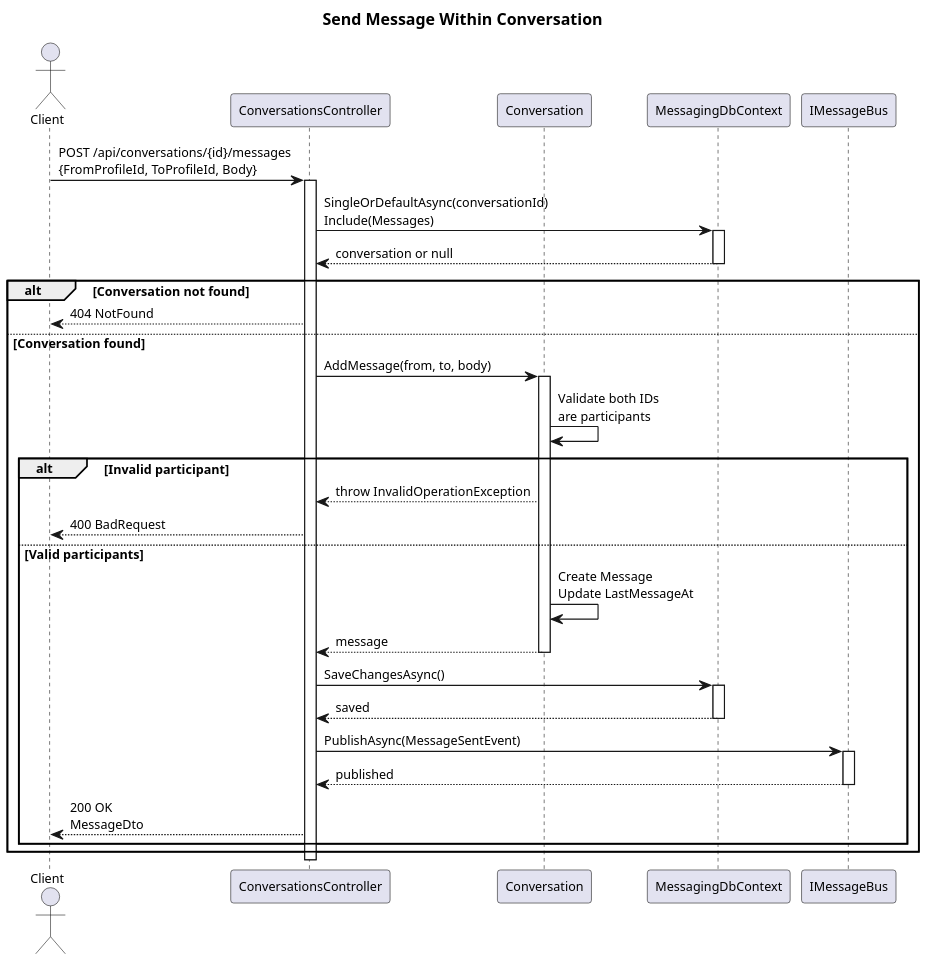
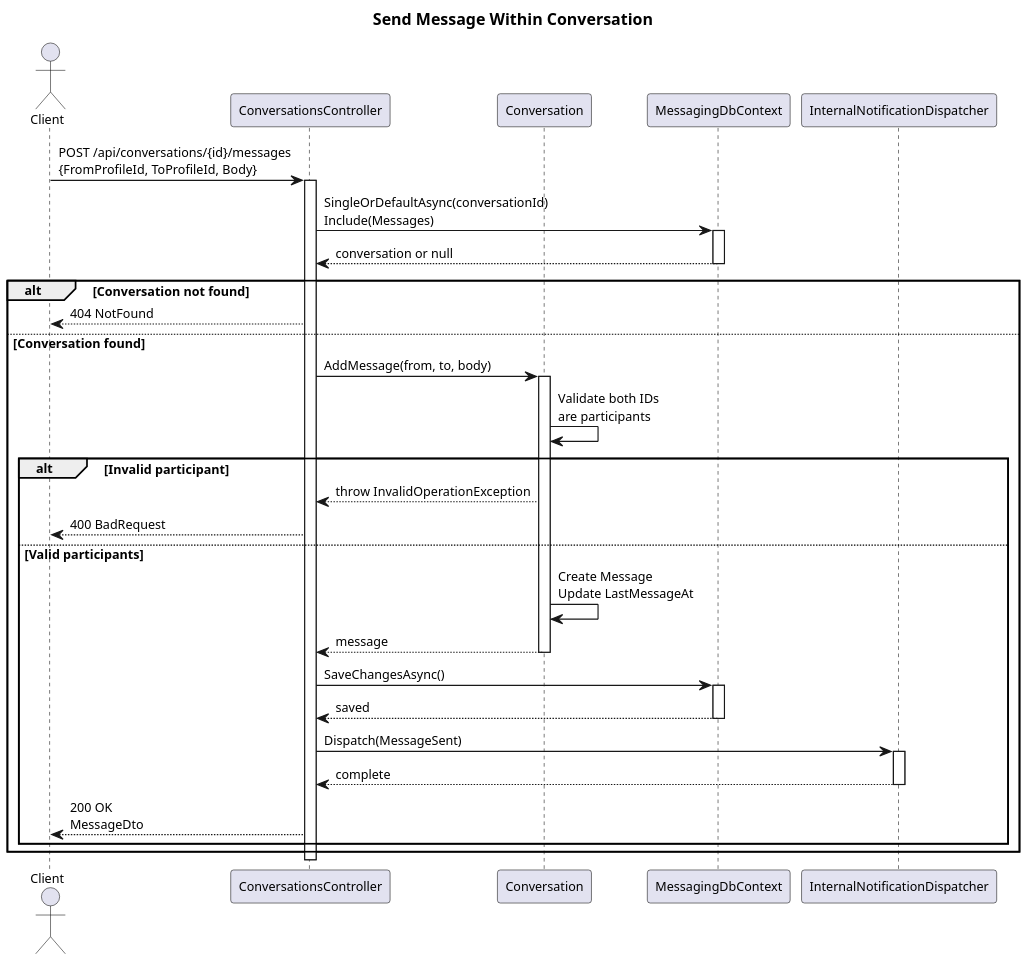
The diagram in docs/detailed-designs/07-messaging-system/sequence-send-message.puml (QuinntyneBrown/Coop), drawn with PlantUML before and after one commit. The commit also changed 10 other files, not shown here.

Commit message:
Update PlantUML diagrams for messaging, onboarding, theme, and API layer

```diff
--- a/docs/detailed-designs/07-messaging-system/sequence-send-message.puml
+++ b/docs/detailed-designs/07-messaging-system/sequence-send-message.puml
@@ -1,51 +1,51 @@
 @startuml sequence-send-message
 skinparam dpi 150
 skinparam defaultFontSize 11
 title Send Message Within Conversation
 
 actor Client
 participant "ConversationsController" as Ctrl
 participant "Conversation" as Conv
 participant "MessagingDbContext" as Db
-participant "IMessageBus" as Bus
+participant "InternalNotificationDispatcher" as Dispatcher
 
 Client -> Ctrl : POST /api/conversations/{id}/messages\n{FromProfileId, ToProfileId, Body}
 activate Ctrl
 
 Ctrl -> Db : SingleOrDefaultAsync(conversationId)\nInclude(Messages)
 activate Db
 Db --> Ctrl : conversation or null
 deactivate Db
 
 alt Conversation not found
   Ctrl --> Client : 404 NotFound
 else Conversation found
   Ctrl -> Conv : AddMessage(from, to, body)
   activate Conv
 
   Conv -> Conv : Validate both IDs\nare participants
 
   alt Invalid participant
     Conv --> Ctrl : throw InvalidOperationException
     Ctrl --> Client : 400 BadRequest
   else Valid participants
     Conv -> Conv : Create Message\nUpdate LastMessageAt
     Conv --> Ctrl : message
     deactivate Conv
 
     Ctrl -> Db : SaveChangesAsync()
     activate Db
     Db --> Ctrl : saved
     deactivate Db
 
-    Ctrl -> Bus : PublishAsync(MessageSentEvent)
-    activate Bus
-    Bus --> Ctrl : published
-    deactivate Bus
+    Ctrl -> Dispatcher : Dispatch(MessageSent)
+    activate Dispatcher
+    Dispatcher --> Ctrl : complete
+    deactivate Dispatcher
 
     Ctrl --> Client : 200 OK\nMessageDto
   end
 end
 
 deactivate Ctrl
 @enduml
```
